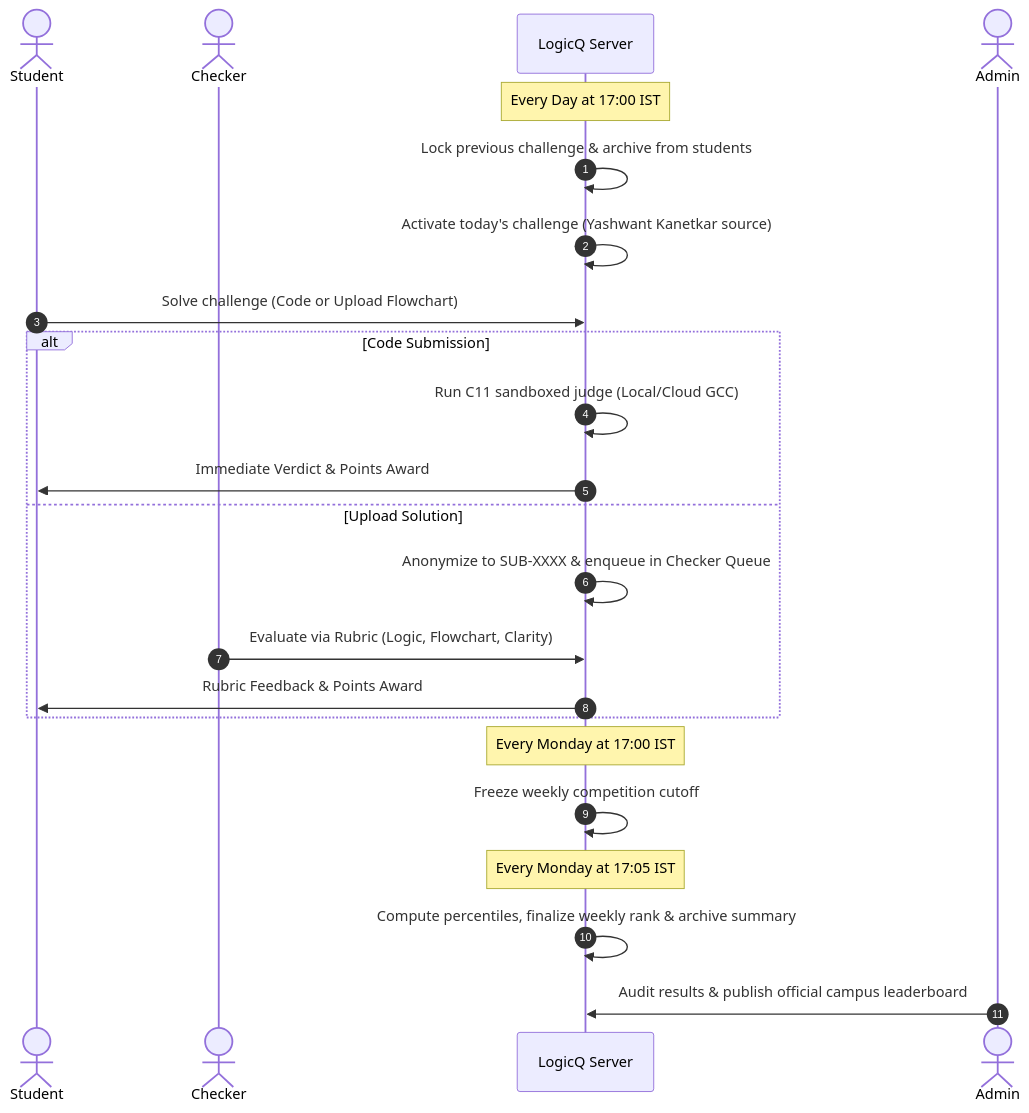
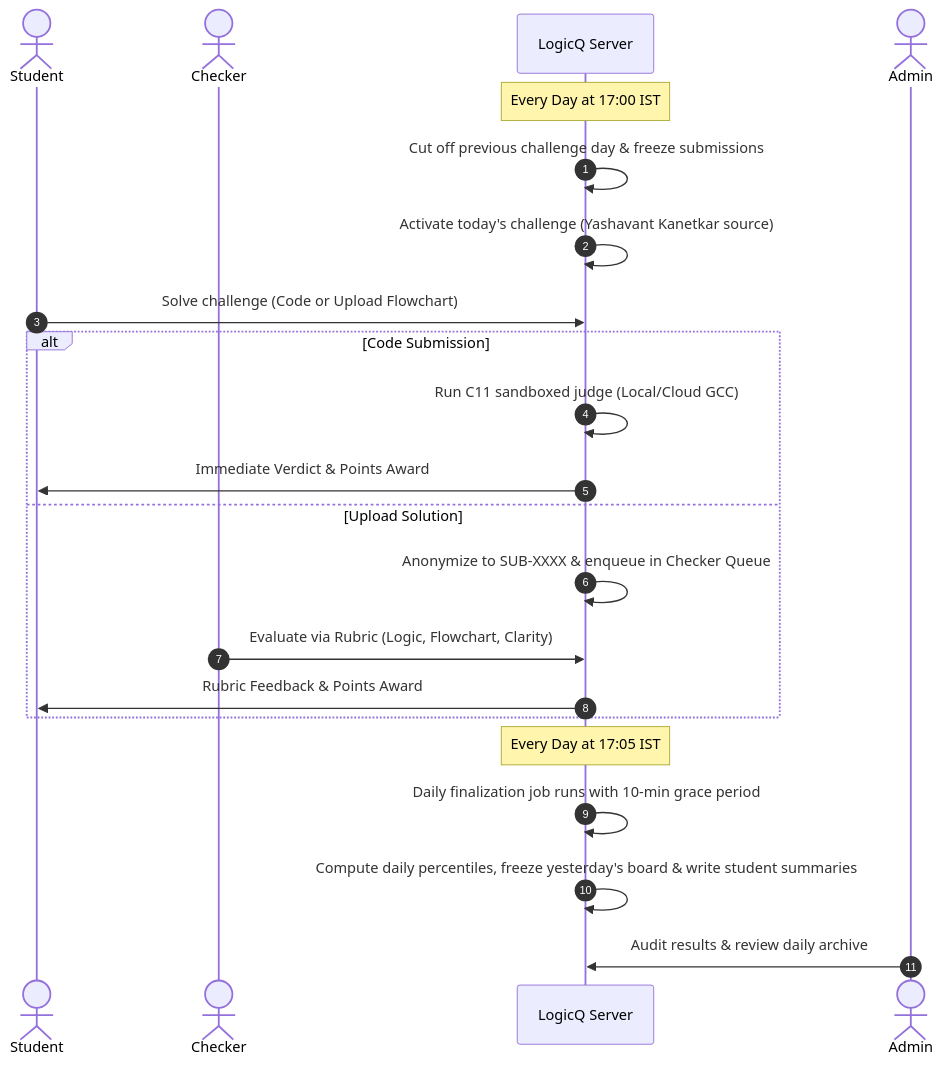
The first of 2 diagrams in README.md (pratikpt1304/LogicQ), drawn with Mermaid before and after one commit. The commit also changed other lines of this file and 43 other files, not shown here.

Commit message:
feat: implement daily competition architecture, practice curriculum completion, and safe pause controls

````diff
--- a/README.md
+++ b/README.md
@@ -161,28 +171,27 @@
 ```mermaid
 sequenceDiagram
     autonumber
     actor Student
     actor Checker
     participant System as LogicQ Server
     actor Admin
 
     Note over System: Every Day at 17:00 IST
-    System->>System: Lock previous challenge & archive from students
-    System->>System: Activate today's challenge (Yashwant Kanetkar source)
+    System->>System: Cut off previous challenge day & freeze submissions
+    System->>System: Activate today's challenge (Yashavant Kanetkar source)
     
     Student->>System: Solve challenge (Code or Upload Flowchart)
     alt Code Submission
         System->>System: Run C11 sandboxed judge (Local/Cloud GCC)
         System->>Student: Immediate Verdict & Points Award
     else Upload Solution
         System->>System: Anonymize to SUB-XXXX & enqueue in Checker Queue
         Checker->>System: Evaluate via Rubric (Logic, Flowchart, Clarity)
         System->>Student: Rubric Feedback & Points Award
     end
 
-    Note over System: Every Monday at 17:00 IST
-    System->>System: Freeze weekly competition cutoff
-    Note over System: Every Monday at 17:05 IST
-    System->>System: Compute percentiles, finalize weekly rank & archive summary
-    Admin->>System: Audit results & publish official campus leaderboard
+    Note over System: Every Day at 17:05 IST
+    System->>System: Daily finalization job runs with 10-min grace period
+    System->>System: Compute daily percentiles, freeze yesterday's board & write student summaries
+    Admin->>System: Audit results & review daily archive
 ```
````
